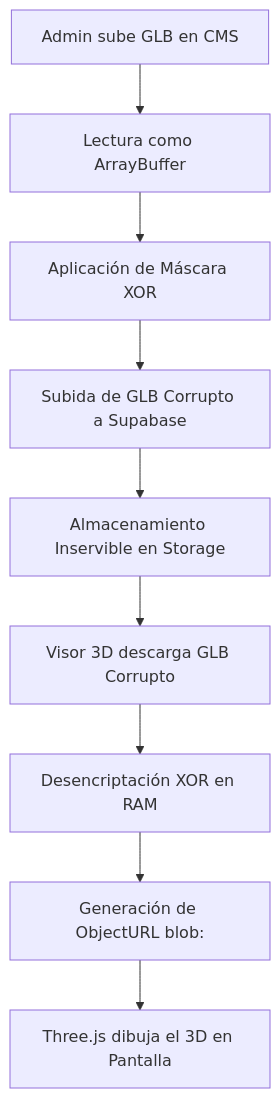
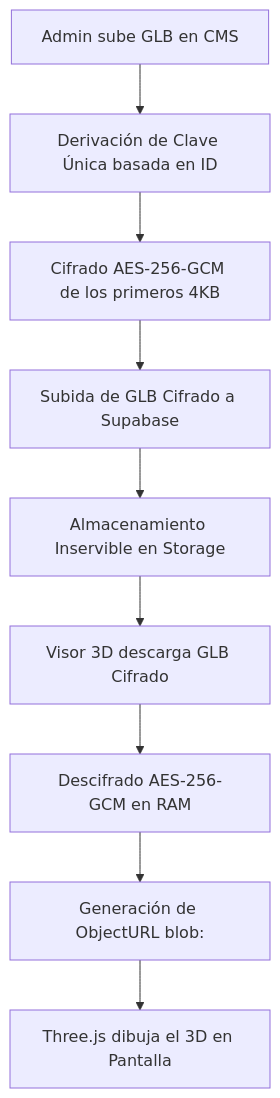
One commit to mariomojicastyle/mmapp changed the diagram in docs/Seguridad.md. Above: the diagram before and after it, drawn with Mermaid. The commit also changed other lines of this file, not shown here.

Commit message:
docs(security): Update Seguridad.md to reflect AES-256 implementation

````diff
--- a/docs/Seguridad.md
+++ b/docs/Seguridad.md
@@ -18,11 +18,11 @@
 ```mermaid
 flowchart TD
-    A[Admin sube GLB en CMS] --> B[Lectura como ArrayBuffer]
-    B --> C[Aplicación de Máscara XOR]
-    C --> D[Subida de GLB Corrupto a Supabase]
+    A[Admin sube GLB en CMS] --> B[Derivación de Clave Única basada en ID]
+    B --> C[Cifrado AES-256-GCM de los primeros 4KB]
+    C --> D[Subida de GLB Cifrado a Supabase]
     D --> E[Almacenamiento Inservible en Storage]
-    E --> F[Visor 3D descarga GLB Corrupto]
-    F --> G[Desencriptación XOR en RAM]
+    E --> F[Visor 3D descarga GLB Cifrado]
+    F --> G[Descifrado AES-256-GCM en RAM]
     G --> H[Generación de ObjectURL blob:]
     H --> I[Three.js dibuja el 3D en Pantalla]
 ```
````
